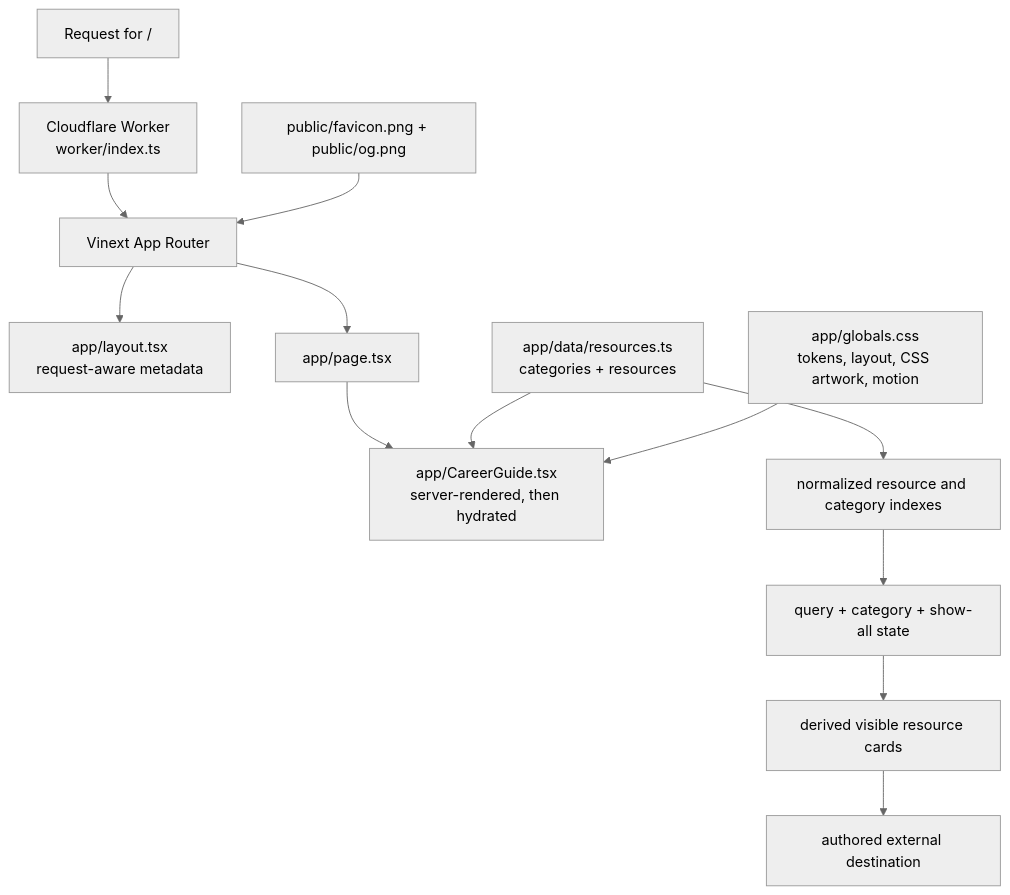
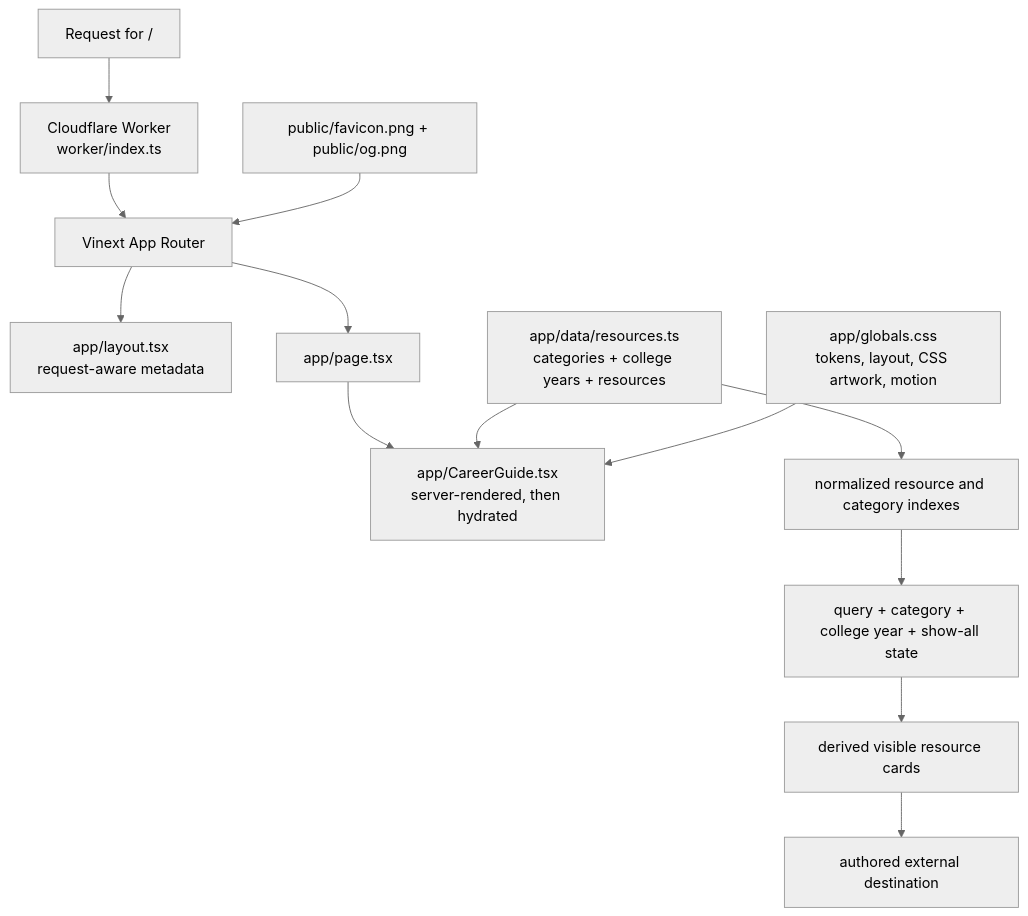
Before and after one commit to ShauryaDas924/career-finder: the first of 2 diagrams in ARCHITECTURE.md, drawn with Mermaid (neutral theme). The commit also changed other lines of this file and 17 other files, not shown here.

````diff
--- a/ARCHITECTURE.md
+++ b/ARCHITECTURE.md
@@ -9,17 +9,17 @@
 ```mermaid
 flowchart TD
     Request["Request for /"] --> Worker["Cloudflare Worker<br/>worker/index.ts"]
     Worker --> Router["Vinext App Router"]
     Router --> Layout["app/layout.tsx<br/>request-aware metadata"]
     Router --> Page["app/page.tsx"]
     Page --> Guide["app/CareerGuide.tsx<br/>server-rendered, then hydrated"]
 
-    Data["app/data/resources.ts<br/>categories + resources"] --> Guide
+    Data["app/data/resources.ts<br/>categories + college years + resources"] --> Guide
     Data --> Indexes["normalized resource and category indexes"]
-    Indexes --> Derived["query + category + show-all state"]
+    Indexes --> Derived["query + category + college year + show-all state"]
     Derived --> Cards["derived visible resource cards"]
     Cards --> External["authored external destination"]
 
     CSS["app/globals.css<br/>tokens, layout, CSS artwork, motion"] --> Guide
     Public["public/favicon.png + public/og.png"] --> Router
 ```
````
